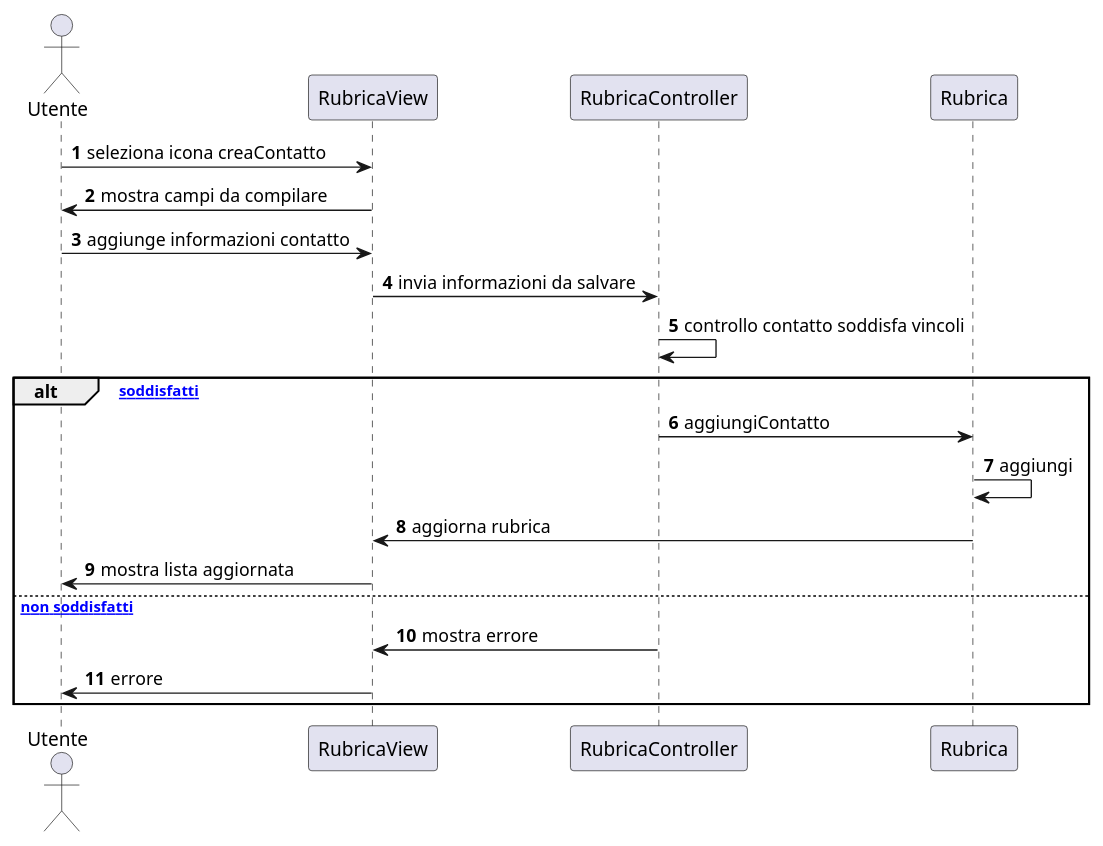
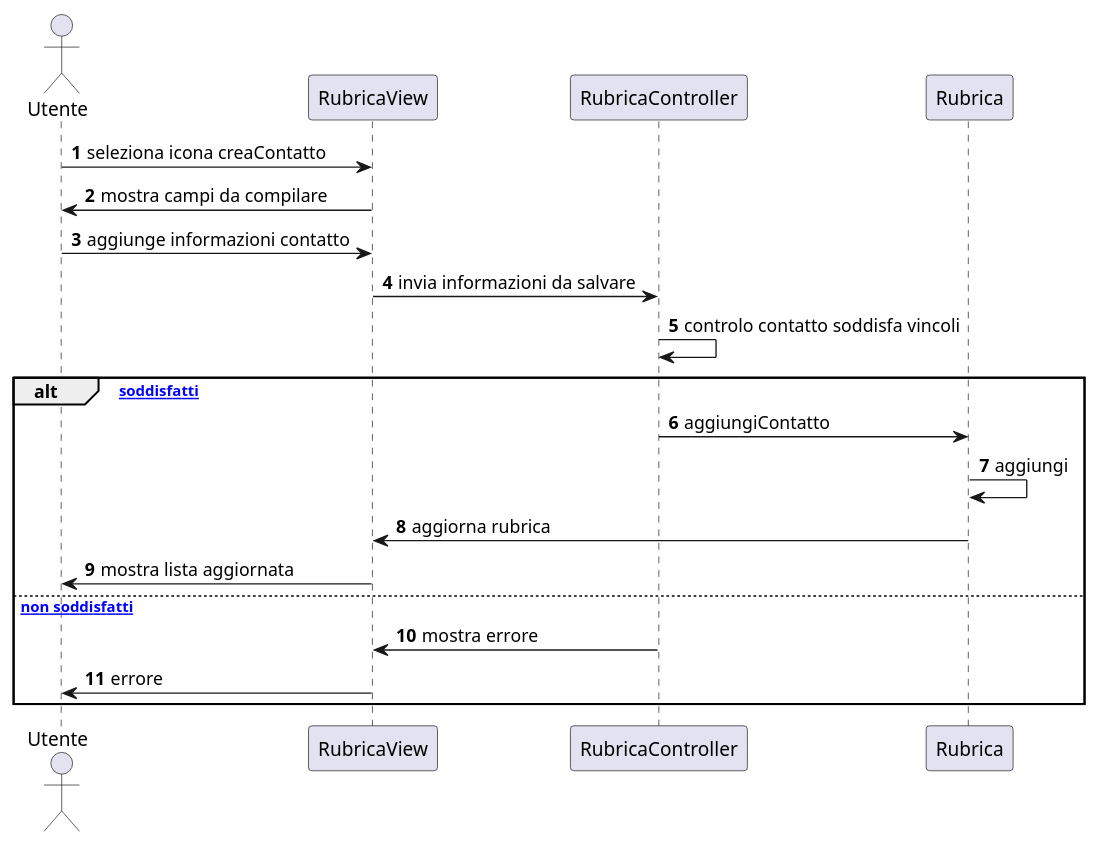
Before and after one commit to emanueletocci/uni-swe-project: the diagram in docs/bozze/Diagrammi/Sequenza/ScenarioAggiungiContatto.puml, drawn with PlantUML. The commit also changed 5 other files, not shown here.

Commit message:
Aggiornamento diagrammi classi

```diff
--- a/docs/bozze/Diagrammi/Sequenza/ScenarioAggiungiContatto.puml
+++ b/docs/bozze/Diagrammi/Sequenza/ScenarioAggiungiContatto.puml
@@ -1,22 +1,22 @@
 @startuml Aggiunta contatto
 autonumber
 actor Utente
 participant RubricaView
 participant RubricaController
 participant Rubrica
 
 Utente -> RubricaView : seleziona icona creaContatto
 RubricaView->Utente: mostra campi da compilare
 Utente->RubricaView: aggiunge informazioni contatto
 RubricaView->RubricaController: invia informazioni da salvare
-RubricaController->RubricaController: controllo contatto soddisfa vincoli
+RubricaController->RubricaController: controlo contatto soddisfa vincoli
 alt [vincoli soddisfatti]
 RubricaController->Rubrica: aggiungiContatto
 Rubrica->Rubrica: aggiungi
 Rubrica->RubricaView: aggiorna rubrica
 RubricaView->Utente: mostra lista aggiornata
  else [vincoli non soddisfatti]
 RubricaController->RubricaView: mostra errore
 RubricaView->Utente: errore
 end
 @enduml
```
